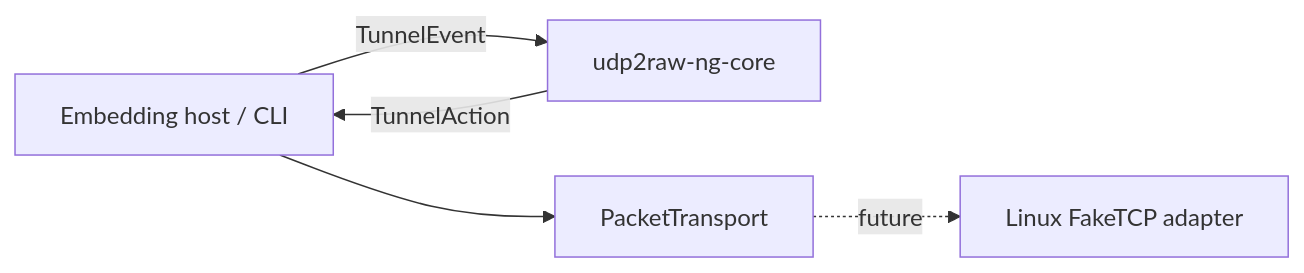
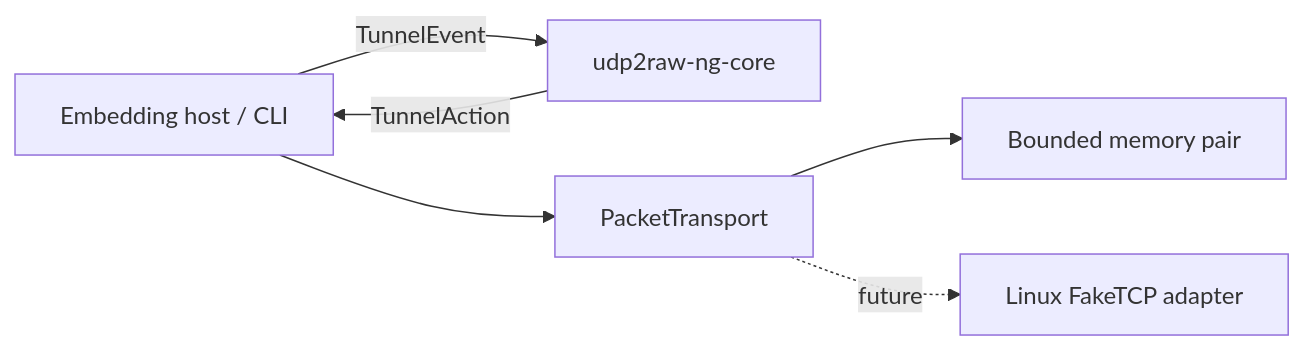
One commit to pexcn/udp2raw-ng changed the diagram in docs/architecture.md. Above: the diagram before and after it, drawn with Mermaid. The commit also changed other lines of this file and 21 other files, not shown here.

````diff
--- a/docs/architecture.md
+++ b/docs/architecture.md
@@ -3,7 +3,8 @@
 ```mermaid
 flowchart LR
     Host[Embedding host / CLI] -->|TunnelEvent| Core[udp2raw-ng-core]
     Core -->|TunnelAction| Host
     Host --> Transport[PacketTransport]
+    Transport --> Memory[Bounded memory pair]
     Transport -. future .-> Linux[Linux FakeTCP adapter]
 ```
````
